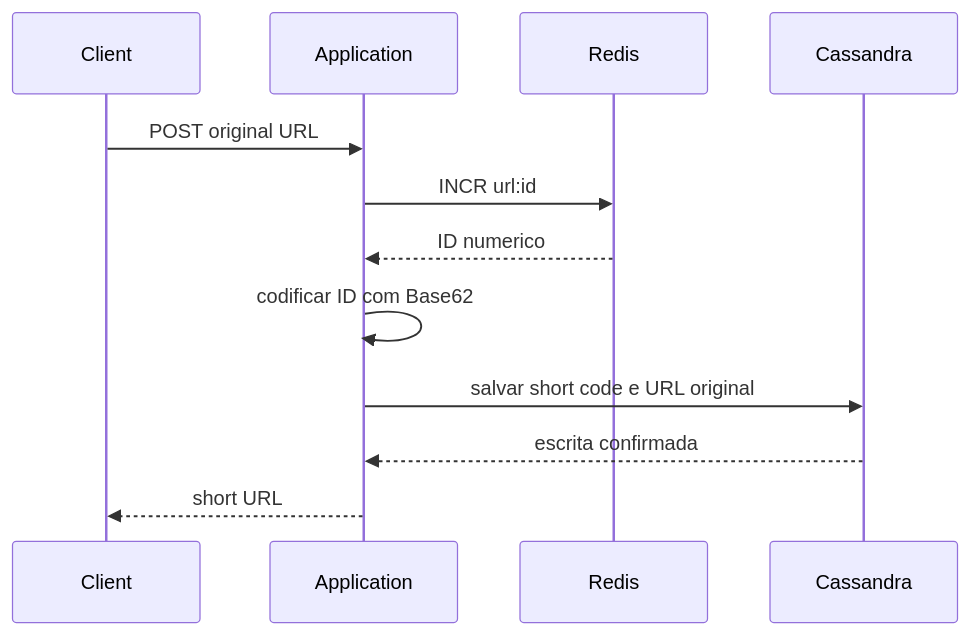
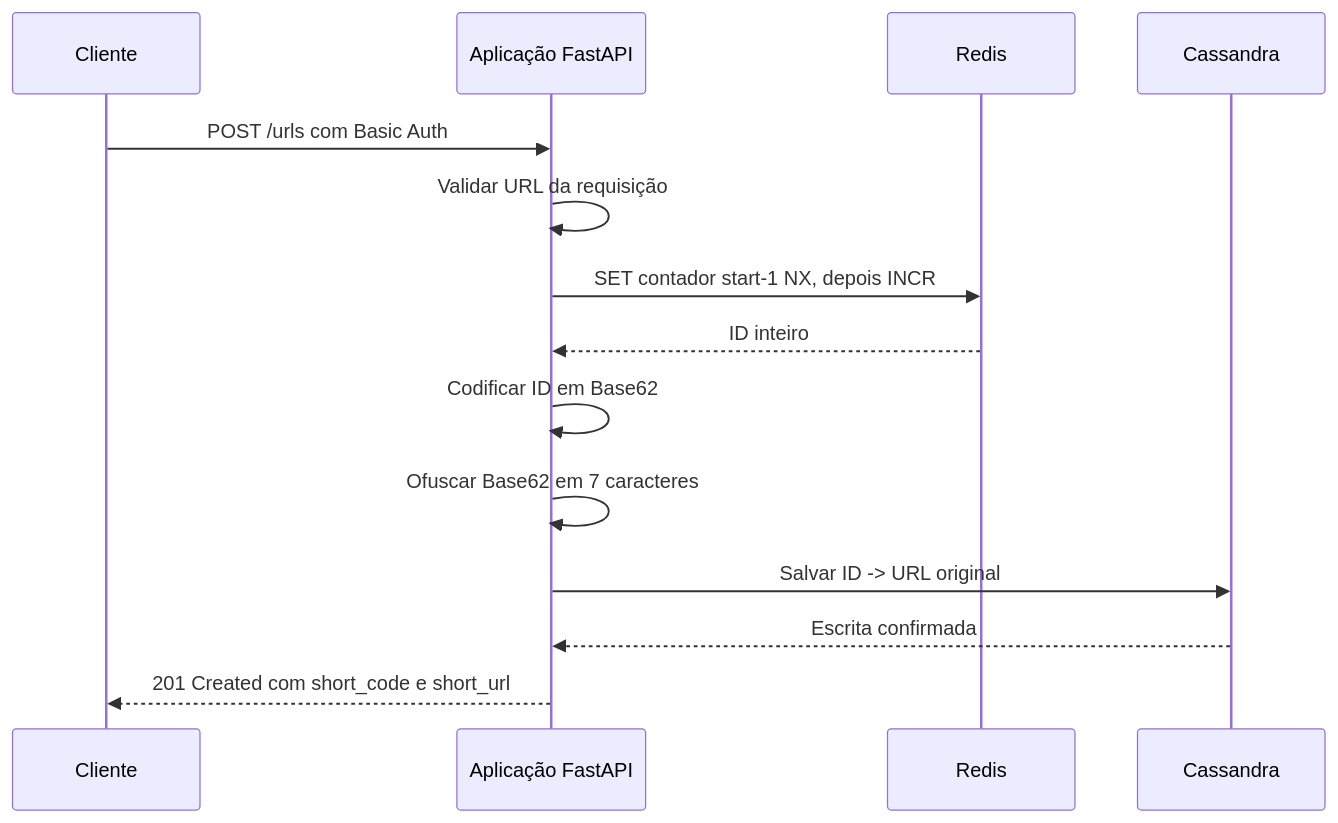
Before and after one commit to juniocr26/url-shortener: the second of 3 diagrams in docs/pt-BR/architecture.md, drawn with Mermaid. The commit also changed other lines of this file and 31 other files, not shown here.

Commit message:
feat: complete URL shortening flow with Redis and Cassandra

````diff
--- a/docs/pt-BR/architecture.md
+++ b/docs/pt-BR/architecture.md
@@ -72,15 +46,17 @@
 ```mermaid
 sequenceDiagram
-    participant Client
-    participant App as Application
+    participant Cliente
+    participant App as Aplicação FastAPI
     participant Redis
     participant Cassandra
 
-    Client->>App: POST original URL
-    App->>Redis: INCR url:id
-    Redis-->>App: ID numerico
-    App->>App: codificar ID com Base62
-    App->>Cassandra: salvar short code e URL original
-    Cassandra-->>App: escrita confirmada
-    App-->>Client: short URL
+    Cliente->>App: POST /urls com Basic Auth
+    App->>App: Validar URL da requisição
+    App->>Redis: SET contador start-1 NX, depois INCR
+    Redis-->>App: ID inteiro
+    App->>App: Codificar ID em Base62
+    App->>App: Ofuscar Base62 em 7 caracteres
+    App->>Cassandra: Salvar ID -> URL original
+    Cassandra-->>App: Escrita confirmada
+    App-->>Cliente: 201 Created com short_code e short_url
 ```
````
